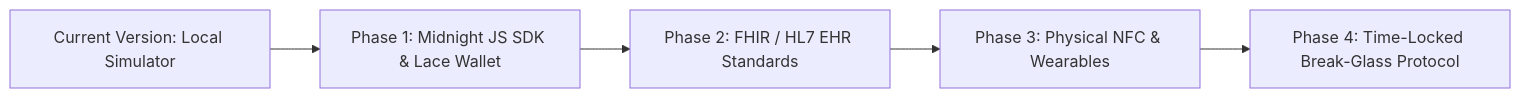
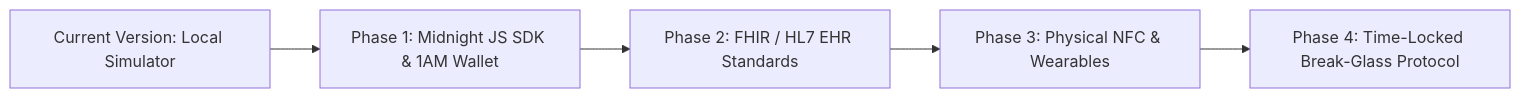
The second of 2 diagrams in medilock_application_guide.md (MrunalGhorpade13/Medilock-Midnight-), drawn with Mermaid before and after one commit. The commit also changed other lines of this file and 6 other files, not shown here.

Commit message:
refactor: replace Lace Wallet references with 1AM Wallet across codebase and docs

````diff
--- a/medilock_application_guide.md
+++ b/medilock_application_guide.md
@@ -175,7 +175,7 @@
 ```mermaid
 graph LR
-    A[Current Version: Local Simulator] --> B[Phase 1: Midnight JS SDK & Lace Wallet]
+    A[Current Version: Local Simulator] --> B[Phase 1: Midnight JS SDK & 1AM Wallet]
     B --> C[Phase 2: FHIR / HL7 EHR Standards]
     C --> D[Phase 3: Physical NFC & Wearables]
     D --> E[Phase 4: Time-Locked Break-Glass Protocol]
 ```
````
